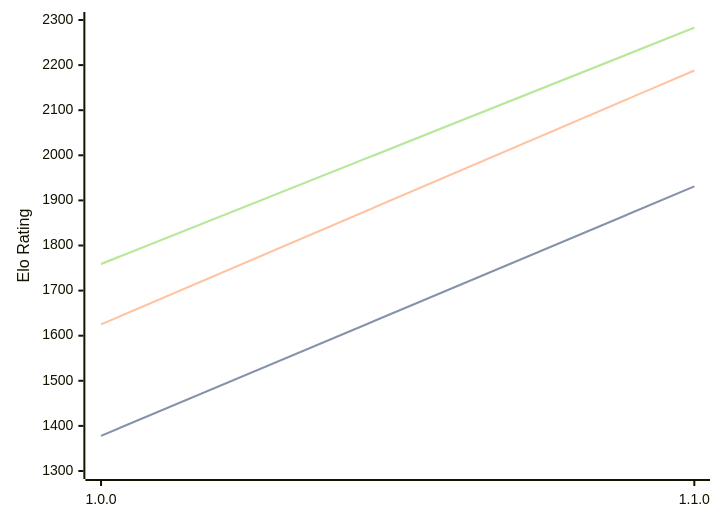
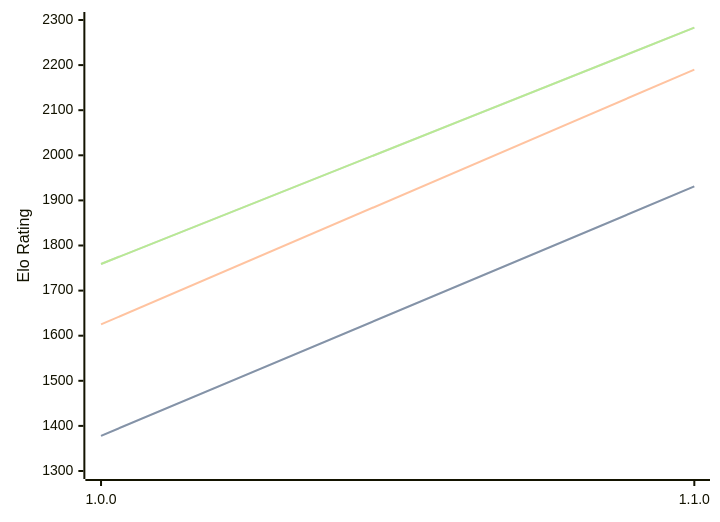
Before and after one commit to computer-chess-index/cci: the first of 3 diagrams in engines/Akerbeltz.md, drawn with Mermaid. The commit also changed other lines of this file, not shown here.

````diff
--- a/engines/Akerbeltz.md
+++ b/engines/Akerbeltz.md
@@ -32,11 +32,11 @@
 ```mermaid
 %%{init: {"theme":"base","themeVariables":{"seriesColors:['#a3a3a3','#222221','#faa371']}}}%%
 xychart-beta
   x-axis ["1.0.0", "1.1.0"]
   y-axis "Elo Rating" 1300 --> 2300
   line "STC (8.0+0.08s)" [1378, 1931]
   line "STC (8.0+0.08s)" [1378, 1931]
-  line "LTC (60.0+0.60s)" [1625, 2188]
+  line "LTC (60.0+0.60s)" [1625, 2190]
   line "VLTC (2m24s+1.12s)" [1759, 2283]
   line "VLTC (2m24s+1.12s)" [1759, 2283]
 ```
````
